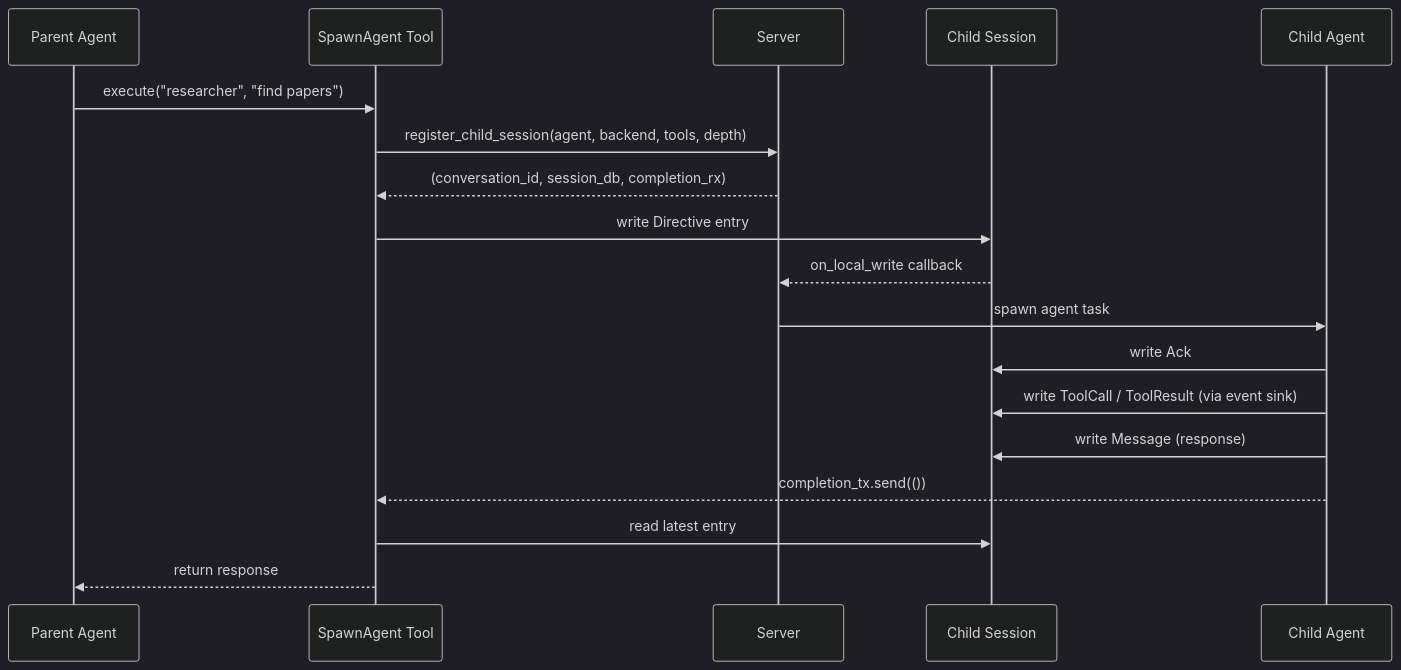
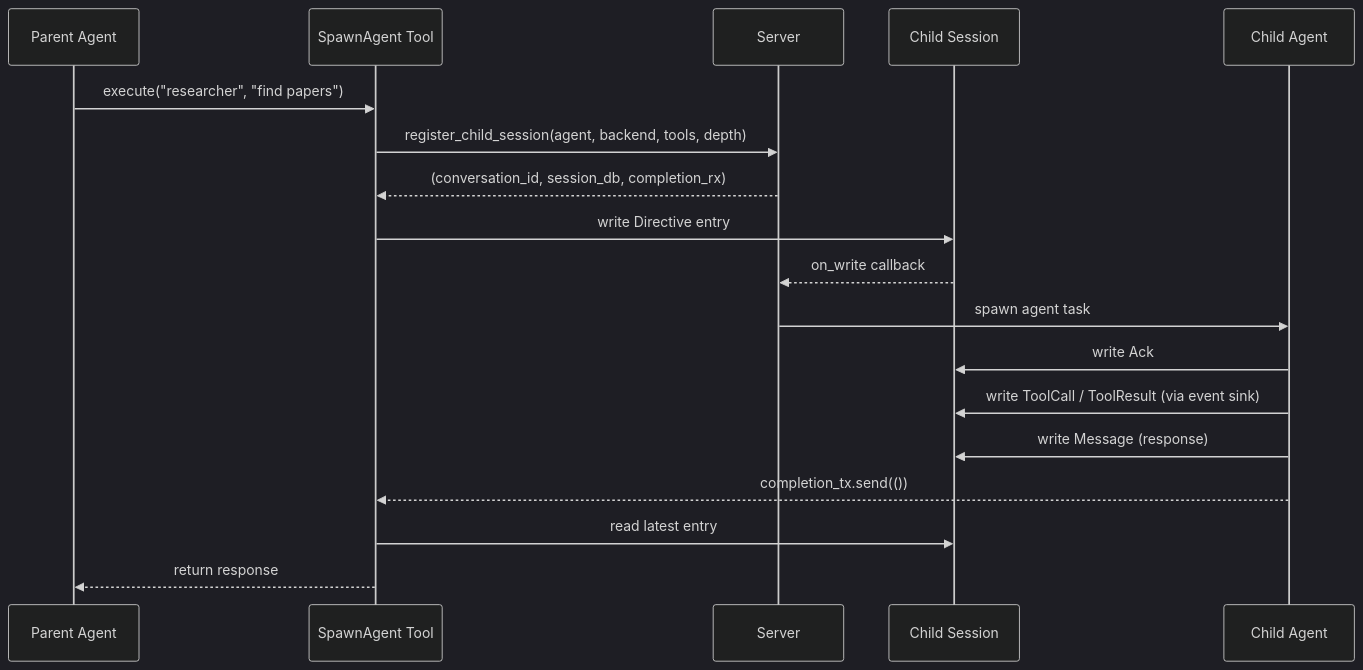
One commit to arcuru/chaz changed the second of 2 diagrams in docs/src/design/session_messaging.md. Above: the diagram before and after it, drawn with Mermaid (dark theme). The commit also changed 6 other files, not shown here.

````diff
--- a/docs/src/design/session_messaging.md
+++ b/docs/src/design/session_messaging.md
@@ -70,21 +70,21 @@
 ```mermaid
 sequenceDiagram
     participant P as Parent Agent
     participant SA as SpawnAgent Tool
     participant SV as Server
     participant CS as Child Session
     participant CA as Child Agent
 
     P->>SA: execute("researcher", "find papers")
     SA->>SV: register_child_session(agent, backend, tools, depth)
     SV-->>SA: (conversation_id, session_db, completion_rx)
     SA->>CS: write Directive entry
-    CS-->>SV: on_local_write callback
+    CS-->>SV: on_write callback
     SV->>CA: spawn agent task
     CA->>CS: write Ack
     CA->>CS: write ToolCall / ToolResult (via event sink)
     CA->>CS: write Message (response)
     CA-->>SA: completion_tx.send(())
     SA->>CS: read latest entry
     SA-->>P: return response
 ```
````
